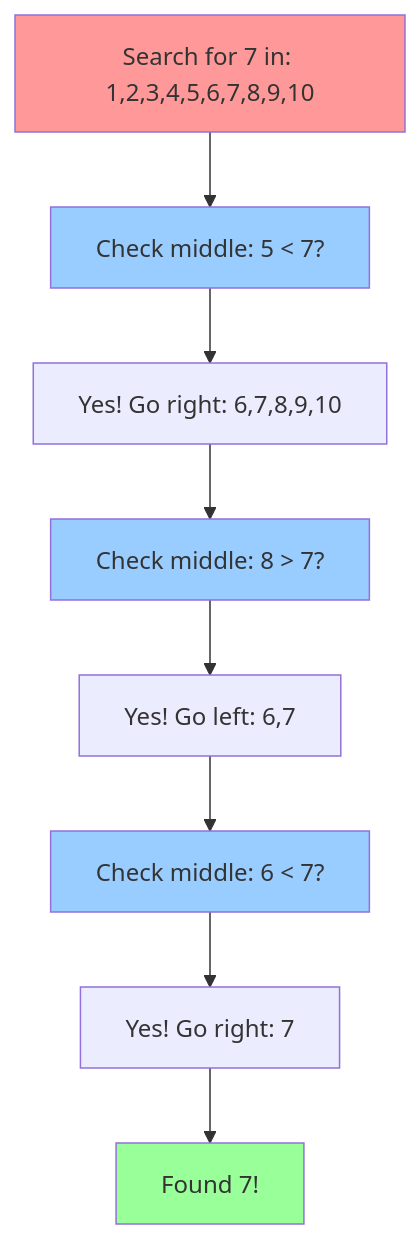
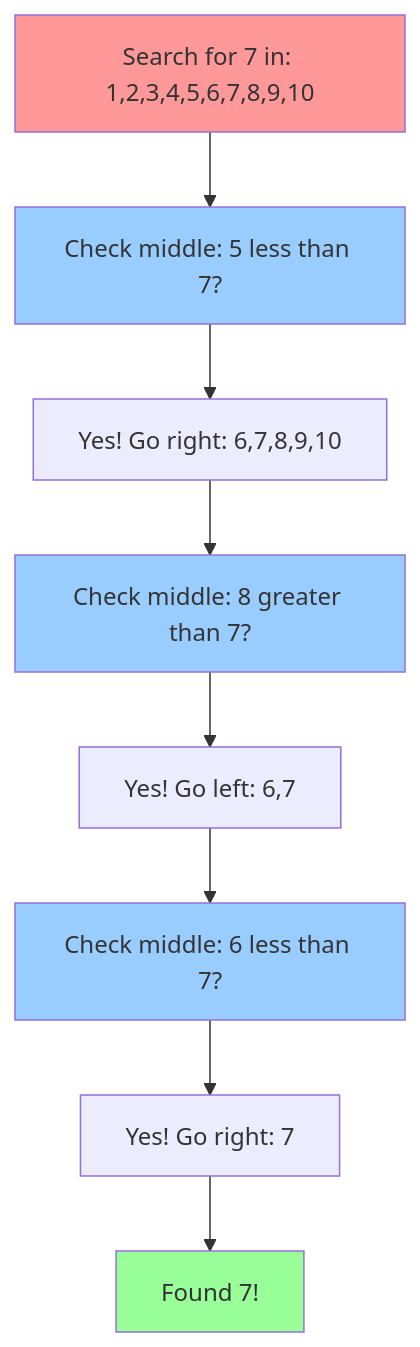
The fifth of 8 diagrams in _posts/2025-02-12-divide-and-conquer.markdown (proxyroot/proxyroot.github.io), drawn with Mermaid before and after one commit. The commit also changed other lines of this file, not shown here.

````diff
--- a/_posts/2025-02-12-divide-and-conquer.markdown
+++ b/_posts/2025-02-12-divide-and-conquer.markdown
@@ -268,19 +268,19 @@
 ```mermaid
 graph TD
     Start[Search for 7 in: 1,2,3,4,5,6,7,8,9,10]
-    Check1[Check middle: 5 < 7?]
+    Check1[Check middle: 5 less than 7?]
     Right1[Yes! Go right: 6,7,8,9,10]
-    Check2[Check middle: 8 > 7?]
+    Check2[Check middle: 8 greater than 7?]
     Left1[Yes! Go left: 6,7]
-    Check3[Check middle: 6 < 7?]
+    Check3[Check middle: 6 less than 7?]
     Right2[Yes! Go right: 7]
     Found[Found 7!]
     
     Start --> Check1 --> Right1 --> Check2 --> Left1 --> Check3 --> Right2 --> Found
     
     style Start fill:#ff9999
     style Check1 fill:#99ccff
     style Check2 fill:#99ccff
     style Check3 fill:#99ccff
     style Found fill:#99ff99
 ```
````
